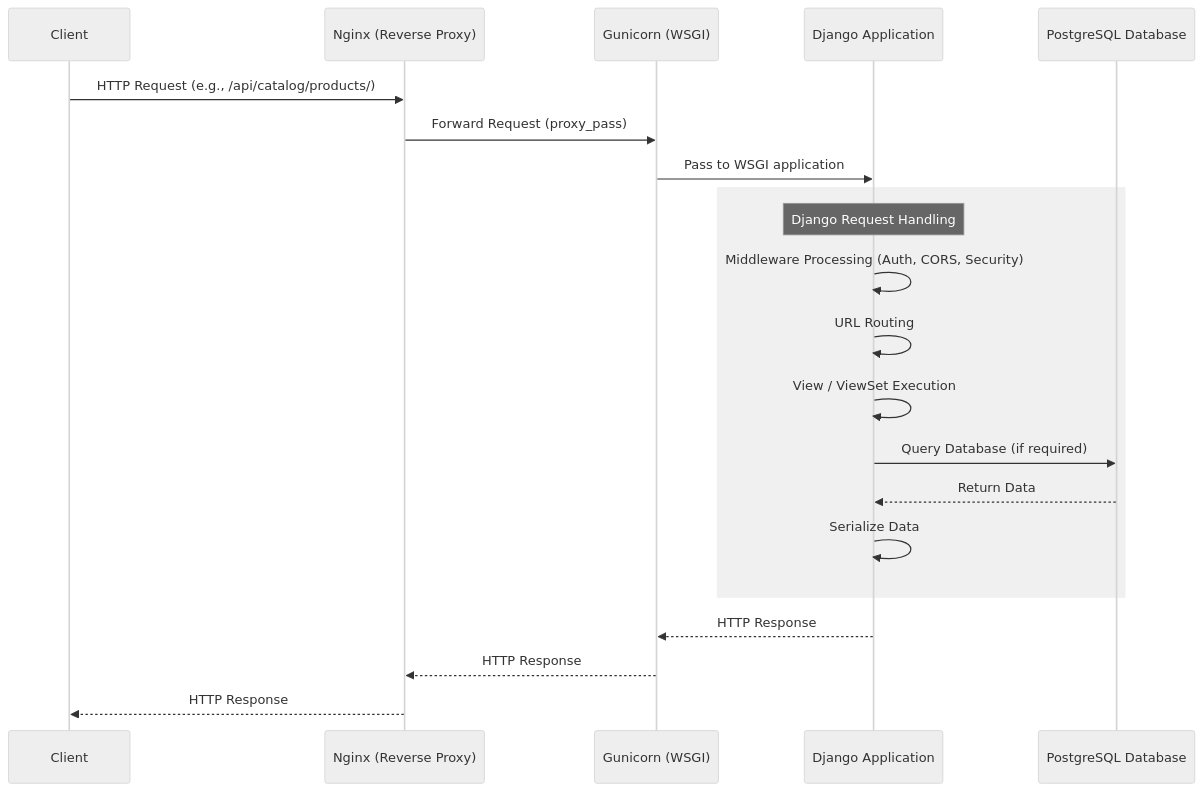
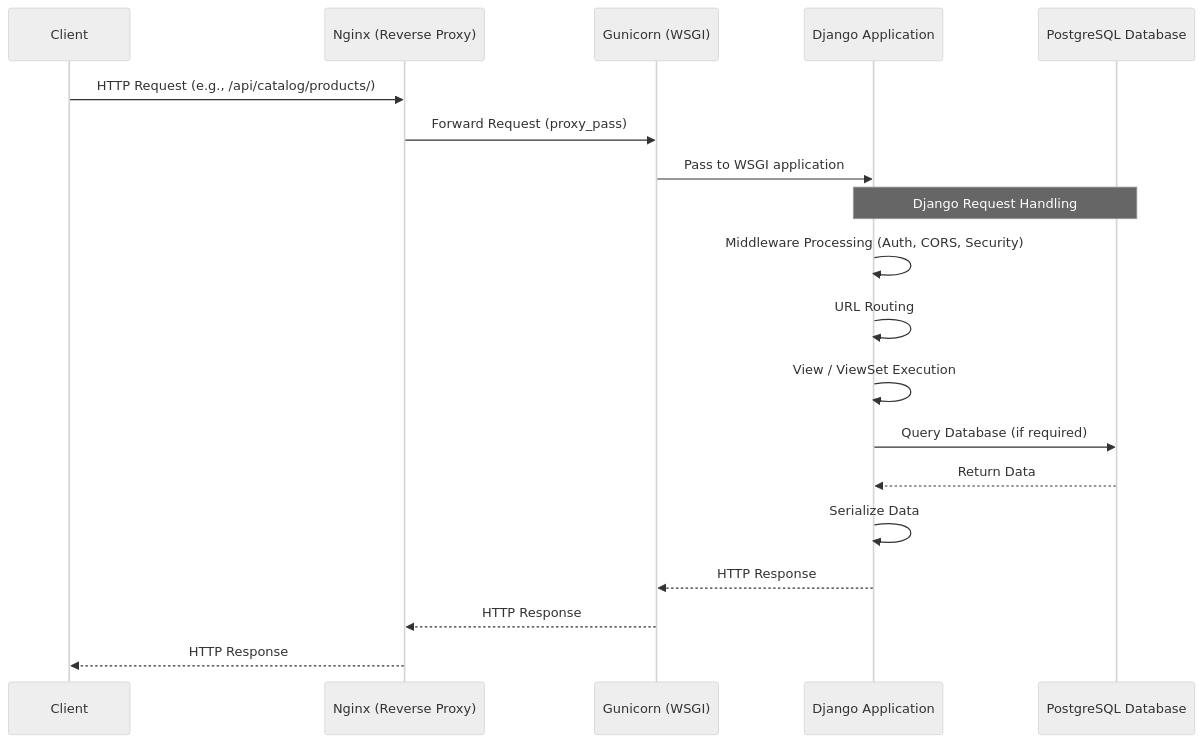
Before and after one commit to joelmuhoho/ecommerce_backend: the diagram in docs/architecture/application_flow.md, drawn with Mermaid (neutral theme). The commit also changed 1 other file, not shown here.

Commit message:
docs: simplify Mermaid sequence diagram and refactor AWS infrastructure visualization to standard flowchart syntax

````diff
--- a/docs/architecture/application_flow.md
+++ b/docs/architecture/application_flow.md
@@ -5,26 +5,24 @@
 ```mermaid
 sequenceDiagram
     participant Client
     participant Nginx as Nginx (Reverse Proxy)
     participant Gunicorn as Gunicorn (WSGI)
     participant Django as Django Application
     participant DB as PostgreSQL Database
 
     Client->>Nginx: HTTP Request (e.g., /api/catalog/products/)
     Nginx->>Gunicorn: Forward Request (proxy_pass)
     Gunicorn->>Django: Pass to WSGI application
     
-    rect rgb(240, 240, 240)
-        Note over Django: Django Request Handling
-        Django->>Django: Middleware Processing (Auth, CORS, Security)
-        Django->>Django: URL Routing
-        Django->>Django: View / ViewSet Execution
-        Django->>DB: Query Database (if required)
-        DB-->>Django: Return Data
-        Django->>Django: Serialize Data
-    end
+    Note over Django,DB: Django Request Handling
+    Django->>Django: Middleware Processing (Auth, CORS, Security)
+    Django->>Django: URL Routing
+    Django->>Django: View / ViewSet Execution
+    Django->>DB: Query Database (if required)
+    DB-->>Django: Return Data
+    Django->>Django: Serialize Data
     
     Django-->>Gunicorn: HTTP Response
     Gunicorn-->>Nginx: HTTP Response
     Nginx-->>Client: HTTP Response
 ```
````
